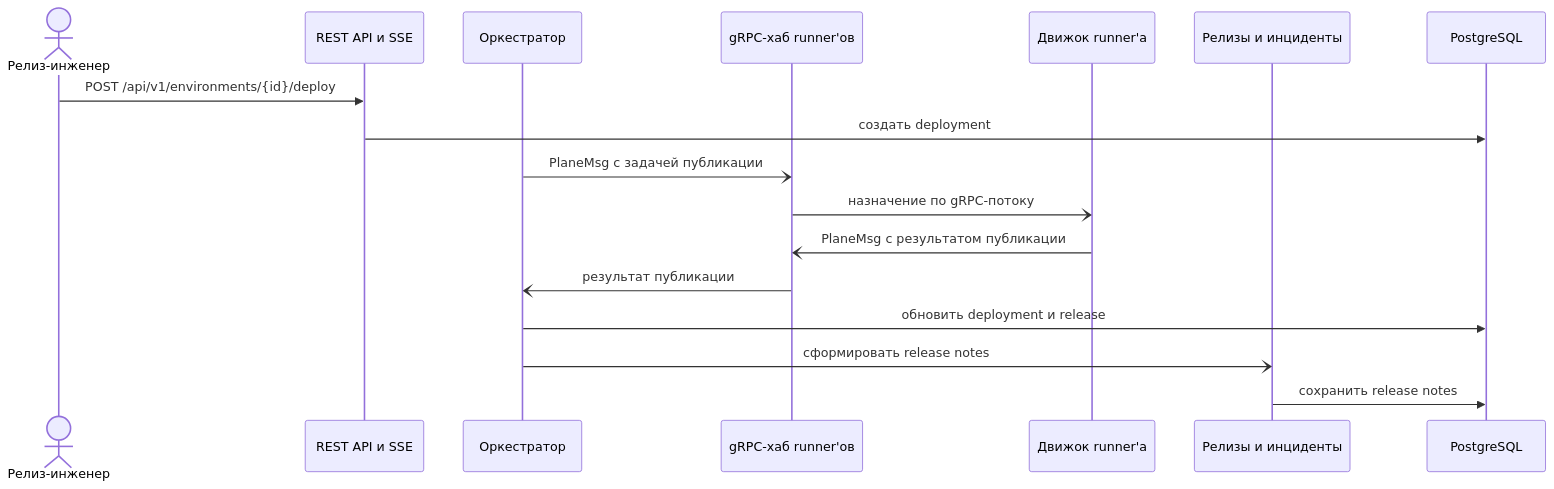
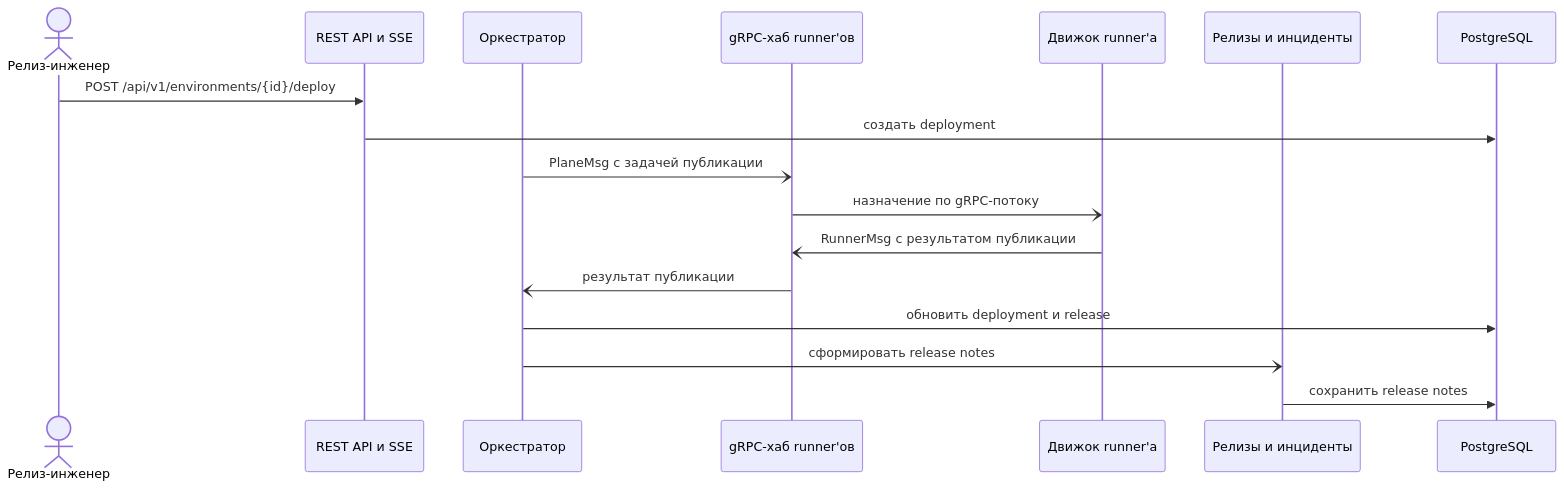
The diagram in docs/architecture/views/scenarios/sc.deployment.md (PavluninVladimir/rivet), drawn with Mermaid before and after one commit. The commit also changed 6 other files, not shown here.

Commit message:
Correct architecture review findings and regenerate views

````diff
--- a/docs/architecture/views/scenarios/sc.deployment.md
+++ b/docs/architecture/views/scenarios/sc.deployment.md
@@ -7,19 +7,19 @@
 ```mermaid
 sequenceDiagram
   actor n_biz_devops as Релиз-инженер
   participant n_app_api as REST API и SSE
   participant n_app_orchestrator as Оркестратор
   participant n_app_stream as gRPC-хаб runner'ов
   participant n_app_runner_engine as Движок runner'а
   participant n_app_ops as Релизы и инциденты
   participant n_tech_postgres as PostgreSQL
   n_biz_devops->>n_app_api: POST /api/v1/environments/{id}/deploy
   n_app_api->>n_tech_postgres: создать deployment
   n_app_orchestrator-)n_app_stream: PlaneMsg с задачей публикации
   n_app_stream-)n_app_runner_engine: назначение по gRPC-потоку
-  n_app_runner_engine-)n_app_stream: PlaneMsg с результатом публикации
+  n_app_runner_engine-)n_app_stream: RunnerMsg с результатом публикации
   n_app_stream-)n_app_orchestrator: результат публикации
   n_app_orchestrator->>n_tech_postgres: обновить deployment и release
   n_app_orchestrator-)n_app_ops: сформировать release notes
   n_app_ops->>n_tech_postgres: сохранить release notes
 ```
````
